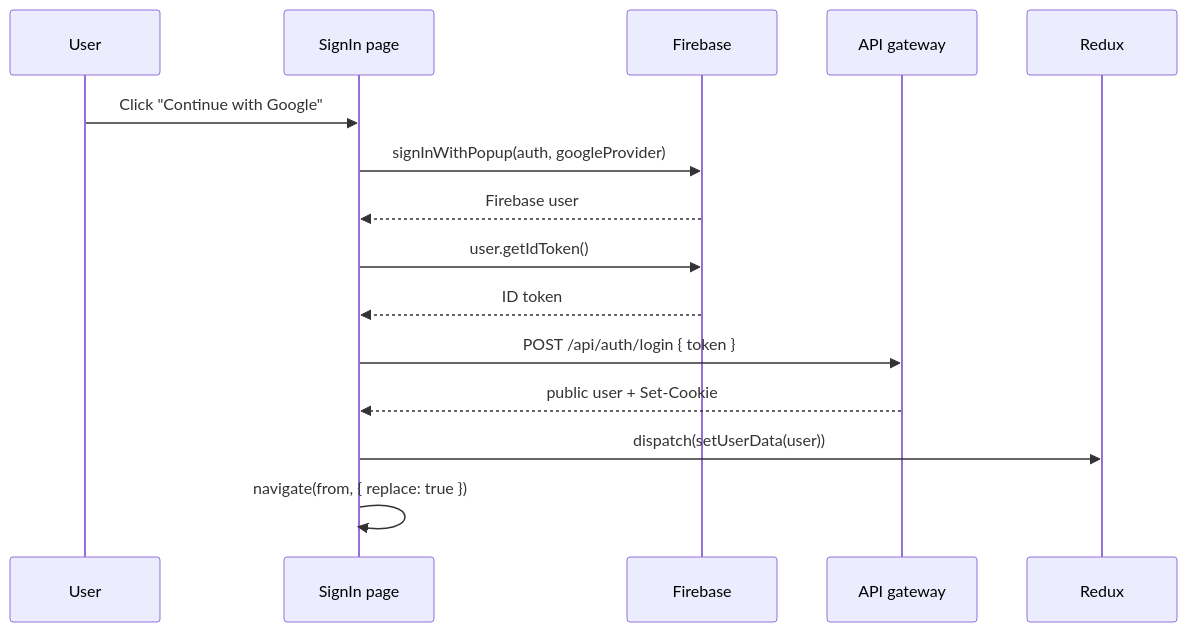
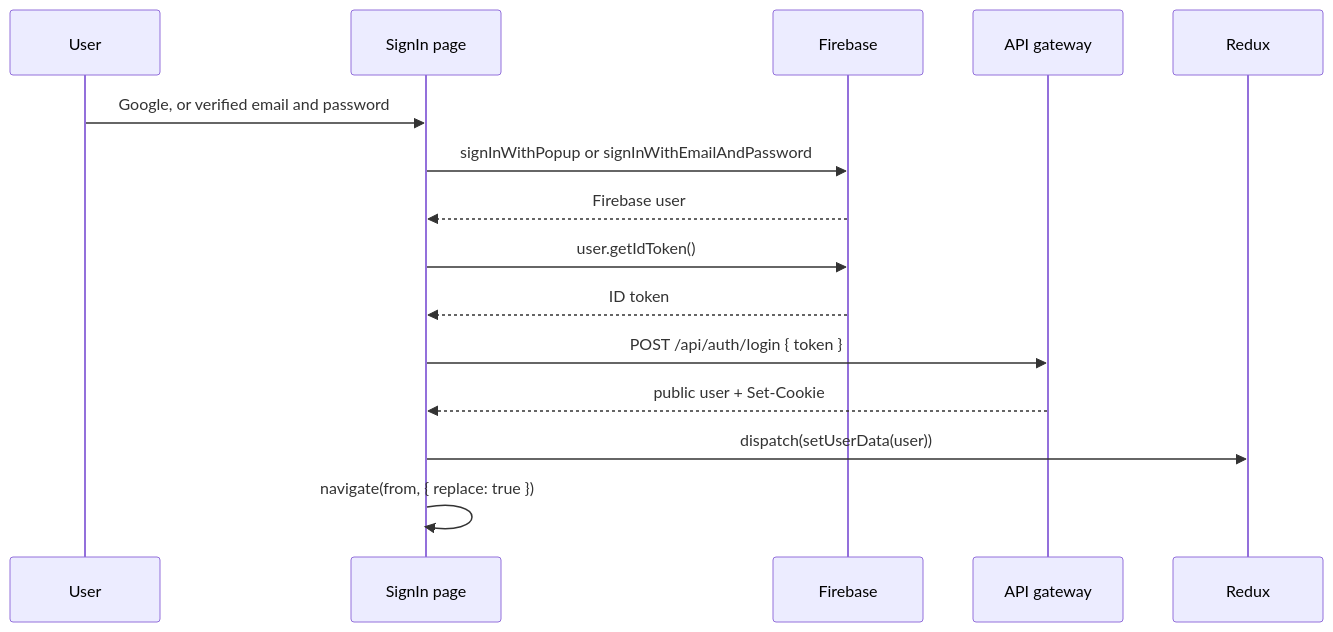
Before and after one commit to yamanhassan1/NexPulse: the third of 4 diagrams in docs/frontend/routing-and-auth.md, drawn with Mermaid. The commit also changed other lines of this file and 57 other files, not shown here.

````diff
--- a/docs/frontend/routing-and-auth.md
+++ b/docs/frontend/routing-and-auth.md
@@ -171,18 +171,18 @@
 ```mermaid
 sequenceDiagram
     participant U as User
     participant S as SignIn page
     participant F as Firebase
     participant A as API gateway
     participant R as Redux
 
-    U->>S: Click "Continue with Google"
-    S->>F: signInWithPopup(auth, googleProvider)
+    U->>S: Google, or verified email and password
+    S->>F: signInWithPopup or signInWithEmailAndPassword
     F-->>S: Firebase user
     S->>F: user.getIdToken()
     F-->>S: ID token
     S->>A: POST /api/auth/login { token }
     A-->>S: public user + Set-Cookie
     S->>R: dispatch(setUserData(user))
     S->>S: navigate(from, { replace: true })
 ```
````
